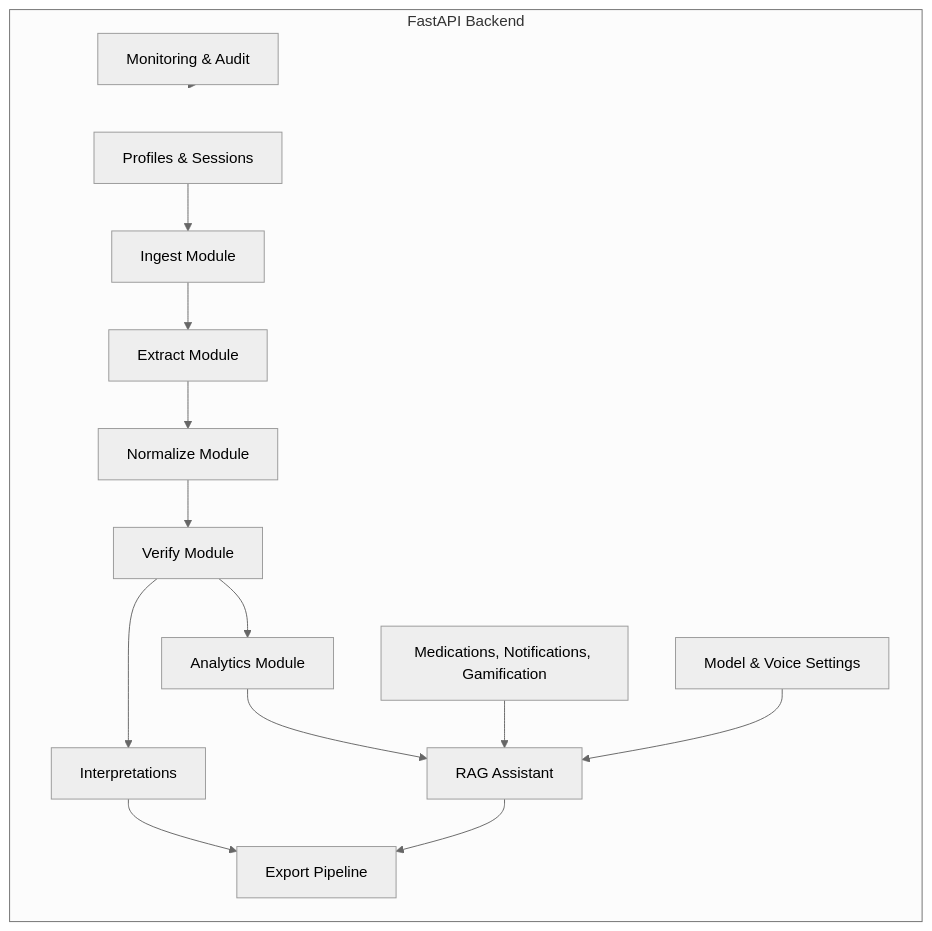
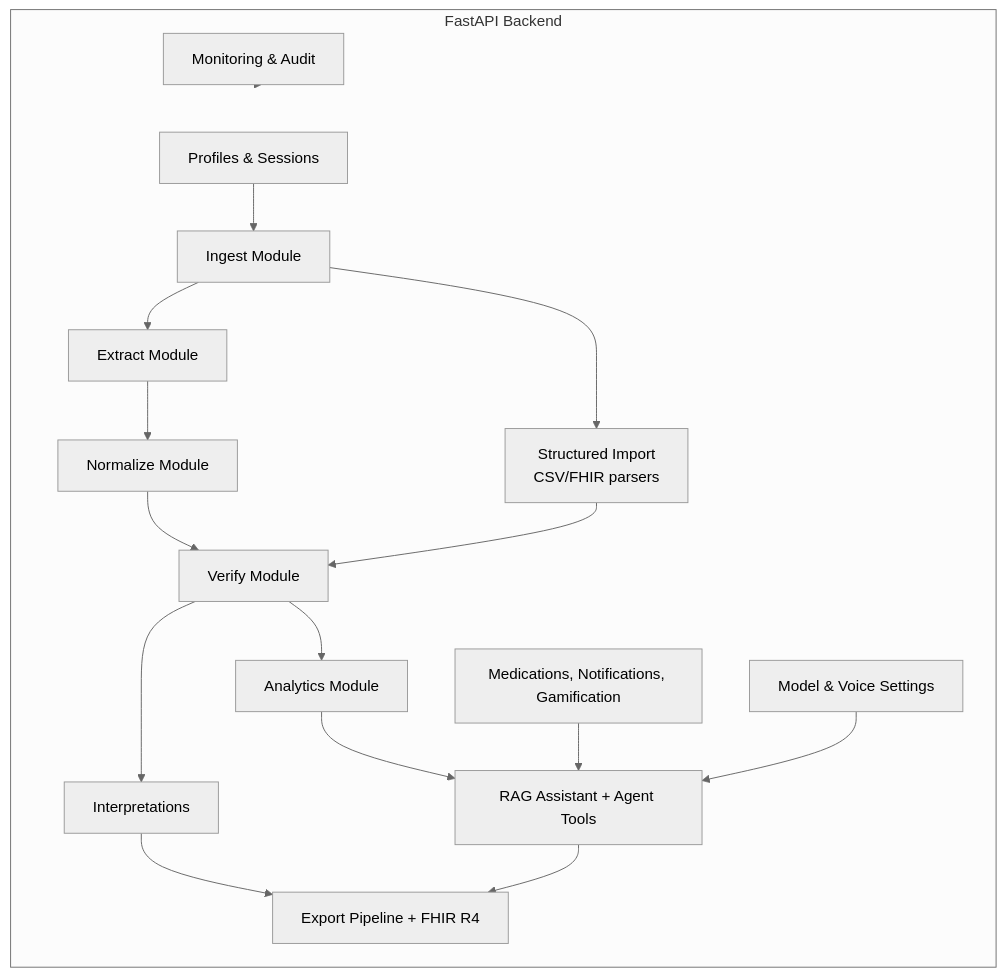
The second of 4 diagrams in README.md (BrooklynD23/HealthCentral), drawn with Mermaid (neutral theme) before and after one commit. The commit also changed other lines of this file and 5 other files, not shown here.

First line of the commit message:
docs: bring API/architecture/feature docs up to date with Phases D & E

````diff
--- a/README.md
+++ b/README.md
@@ -77,26 +77,28 @@
 ```mermaid
 flowchart TB
     subgraph Backend[FastAPI Backend]
         Profiles[Profiles & Sessions]
         Ingest[Ingest Module]
         Extract[Extract Module]
+        StructImport[Structured Import<br/>CSV/FHIR parsers]
         Normalize[Normalize Module]
         Verify[Verify Module]
         Analytics[Analytics Module]
-        RAG[RAG Assistant]
+        RAG[RAG Assistant + Agent Tools]
         Interpret[Interpretations]
         Meds[Medications, Notifications, Gamification]
         Settings[Model & Voice Settings]
-        Export[Export Pipeline]
+        Export[Export Pipeline + FHIR R4]
         Monitor[Monitoring & Audit]
     end
 
     Profiles --> Ingest
     Ingest --> Extract --> Normalize --> Verify --> Analytics
+    Ingest --> StructImport --> Verify
     Verify --> Interpret --> Export
     Analytics --> RAG
     Meds --> RAG
     Settings --> RAG
     RAG --> Export
     Monitor --> Backend
 ```
````
